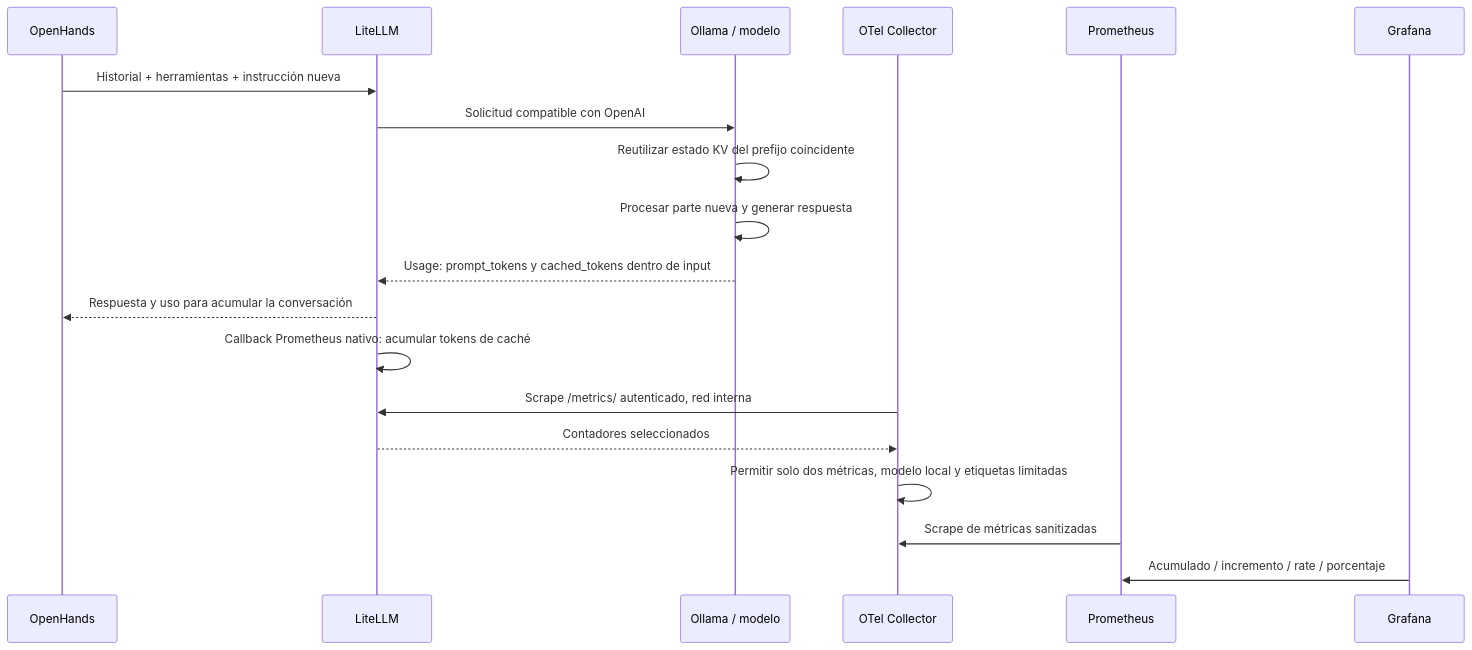
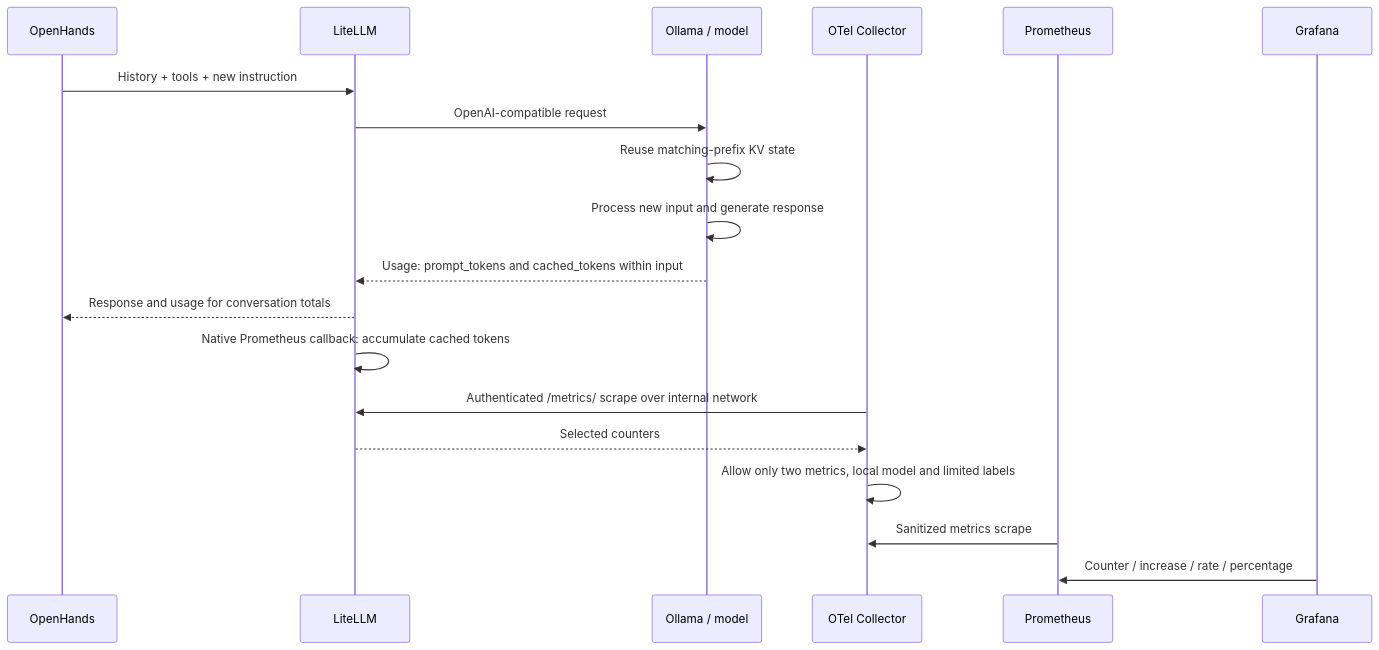
One commit to alejandro-onatra/local-agent-platform changed the seventh of 8 diagrams in docs/architecture/observability_diagrams.md. Above: the diagram before and after it, drawn with Mermaid. The commit also changed other lines of this file and 32 other files, not shown here.

````diff
--- a/docs/architecture/observability_diagrams.md
+++ b/docs/architecture/observability_diagrams.md
@@ -147,21 +147,21 @@
 ```mermaid
 sequenceDiagram
     participant OH as OpenHands
     participant LL as LiteLLM
-    participant OL as Ollama / modelo
+    participant OL as Ollama / model
     participant C as OTel Collector
     participant P as Prometheus
     participant G as Grafana
-    OH->>LL: Historial + herramientas + instrucción nueva
-    LL->>OL: Solicitud compatible con OpenAI
-    OL->>OL: Reutilizar estado KV del prefijo coincidente
-    OL->>OL: Procesar parte nueva y generar respuesta
-    OL-->>LL: Usage: prompt_tokens y cached_tokens dentro de input
-    LL-->>OH: Respuesta y uso para acumular la conversación
-    LL->>LL: Callback Prometheus nativo: acumular tokens de caché
-    C->>LL: Scrape /metrics/ autenticado, red interna
-    LL-->>C: Contadores seleccionados
-    C->>C: Permitir solo dos métricas, modelo local y etiquetas limitadas
-    P->>C: Scrape de métricas sanitizadas
-    G->>P: Acumulado / incremento / rate / porcentaje
+    OH->>LL: History + tools + new instruction
+    LL->>OL: OpenAI-compatible request
+    OL->>OL: Reuse matching-prefix KV state
+    OL->>OL: Process new input and generate response
+    OL-->>LL: Usage: prompt_tokens and cached_tokens within input
+    LL-->>OH: Response and usage for conversation totals
+    LL->>LL: Native Prometheus callback: accumulate cached tokens
+    C->>LL: Authenticated /metrics/ scrape over internal network
+    LL-->>C: Selected counters
+    C->>C: Allow only two metrics, local model and limited labels
+    P->>C: Sanitized metrics scrape
+    G->>P: Counter / increase / rate / percentage
 ```
````
